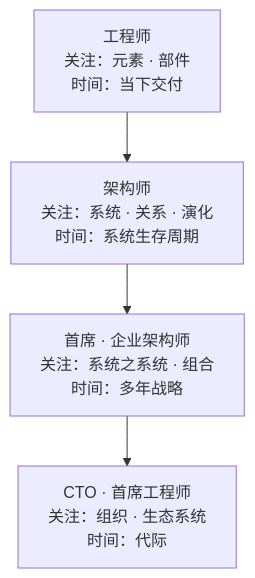
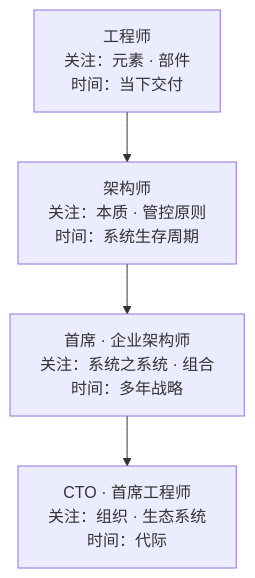
One commit to Yongjunzhou/AOS-system-design changed the diagram in 100-subprojects/01-系统工程研究/03-架构师是个怎样的物种/18-第18章-架构师.md. Above: the diagram before and after it, drawn with Mermaid. The commit also changed other lines of this file and 177 other files, not shown here.

````diff
--- a/100-subprojects/01-系统工程研究/03-架构师是个怎样的物种/18-第18章-架构师.md
+++ b/100-subprojects/01-系统工程研究/03-架构师是个怎样的物种/18-第18章-架构师.md
@@ -471,6 +471,6 @@
 ```mermaid
 flowchart TD
-    E["工程师<br/>关注：元素 · 部件<br/>时间：当下交付"] --> A["架构师<br/>关注：系统 · 关系 · 演化<br/>时间：系统生存周期"]
+    E["工程师<br/>关注：元素 · 部件<br/>时间：当下交付"] --> A["架构师<br/>关注：本质 · 管控原则<br/>时间：系统生存周期"]
     A --> CA["首席 · 企业架构师<br/>关注：系统之系统 · 组合<br/>时间：多年战略"]
     CA --> CTO["CTO · 首席工程师<br/>关注：组织 · 生态系统<br/>时间：代际"]
 ```
````
